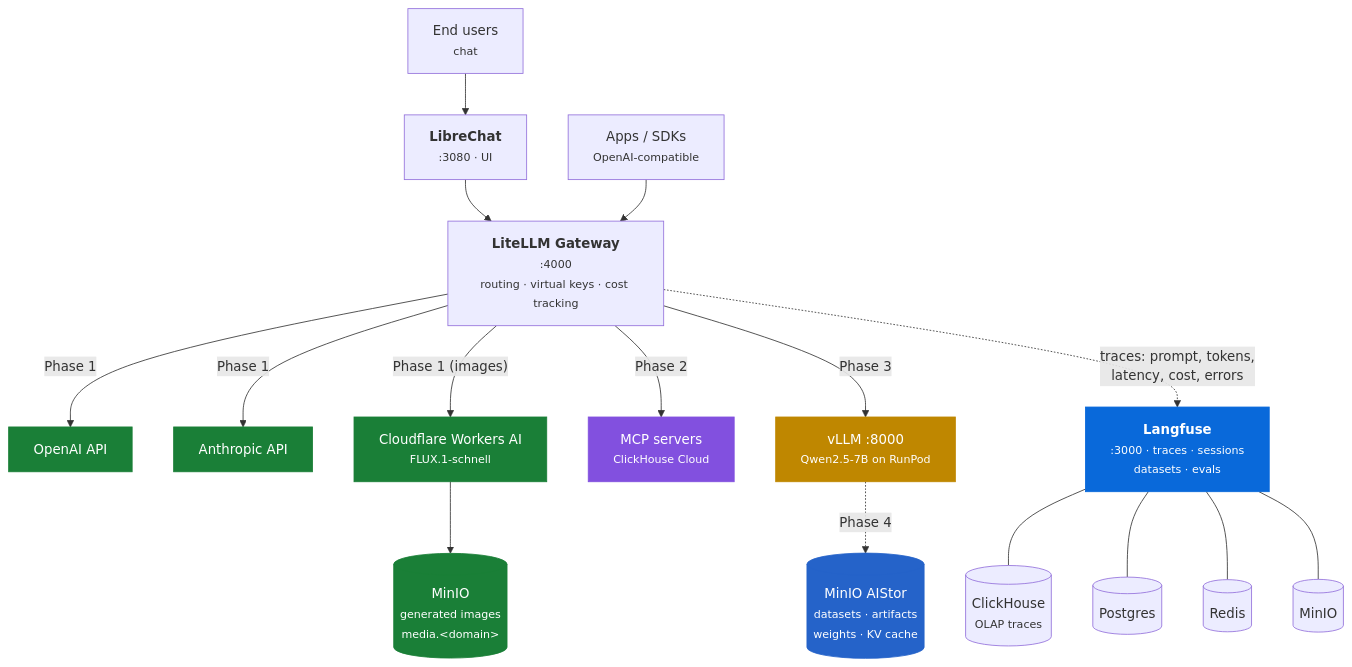
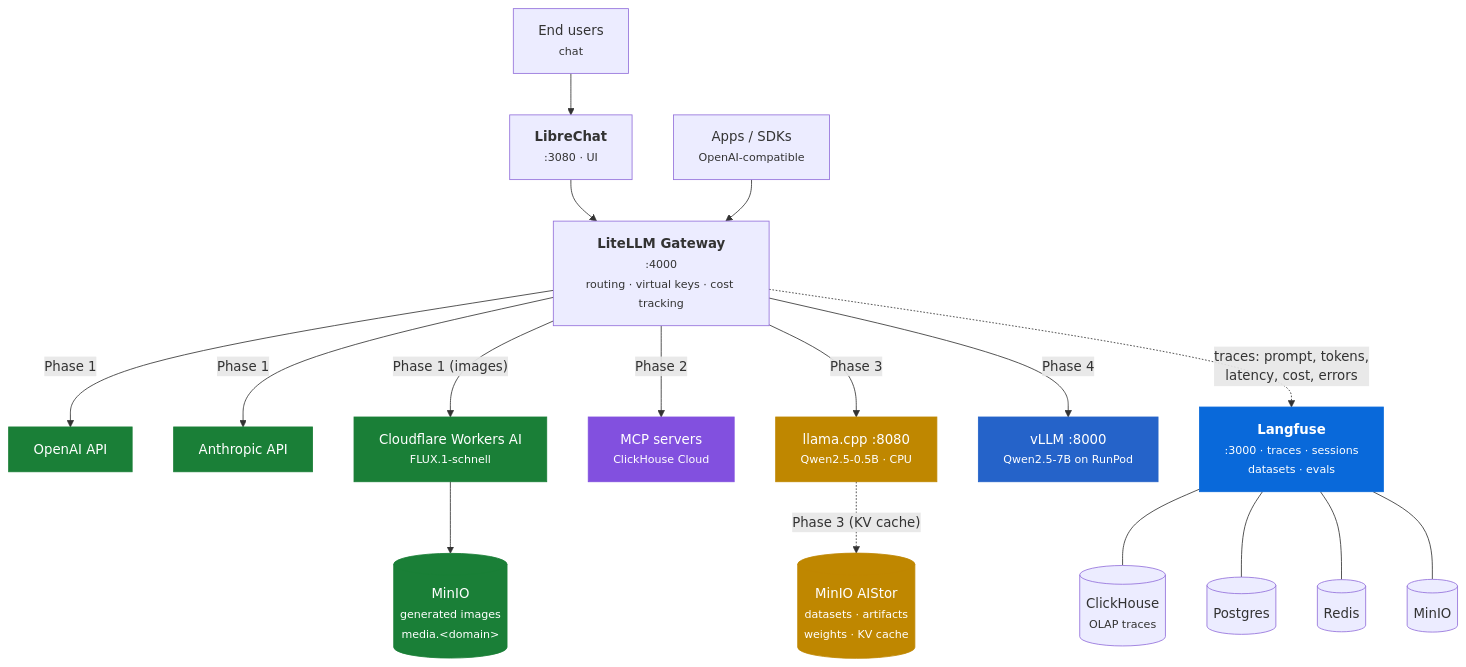
One commit to litkhai/llmops-in-a-box changed the first of 2 diagrams in docs/index.md. Above: the diagram before and after it, drawn with Mermaid. The commit also changed other lines of this file and 4 other files, not shown here.

````diff
--- a/docs/index.md
+++ b/docs/index.md
@@ -120,50 +120,52 @@
 ```mermaid
 flowchart TB
     U1["End users<br/><small>chat</small>"]
     U2["Apps / SDKs<br/><small>OpenAI-compatible</small>"]
 
     LC["<b>LibreChat</b><br/><small>:3080 · UI</small>"]
     GW["<b>LiteLLM Gateway</b><br/><small>:4000</small><br/><small>routing · virtual keys · cost tracking</small>"]
 
     OA["OpenAI API"]
     AN["Anthropic API"]
     CF["Cloudflare Workers AI<br/><small>FLUX.1-schnell</small>"]
     IMGMI[("MinIO<br/><small>generated images<br/>media.&lt;domain&gt;</small>")]
     MCP["MCP servers<br/><small>ClickHouse Cloud</small>"]
+    CPU["llama.cpp :8080<br/><small>Qwen2.5-0.5B · CPU</small>"]
     VL["vLLM :8000<br/><small>Qwen2.5-7B on RunPod</small>"]
 
     LF["<b>Langfuse</b><br/><small>:3000 · traces · sessions<br/>datasets · evals</small>"]
     CH[("ClickHouse<br/><small>OLAP traces</small>")]
     PG[("Postgres")]
     RD[("Redis")]
     MI[("MinIO")]
     ST[("MinIO AIStor<br/><small>datasets · artifacts<br/>weights · KV cache</small>")]
 
     U1 --> LC --> GW
     U2 --> GW
 
     GW -->|Phase 1| OA
     GW -->|Phase 1| AN
     GW -->|"Phase 1 (images)"| CF
     CF --> IMGMI
     GW -->|Phase 2| MCP
-    GW -->|Phase 3| VL
-    VL -.->|Phase 4| ST
+    GW -->|Phase 3| CPU
+    CPU -.->|"Phase 3 (KV cache)"| ST
+    GW -->|Phase 4| VL
 
     GW -.->|"traces: prompt, tokens,<br/>latency, cost, errors"| LF
     LF --- CH
     LF --- PG
     LF --- RD
     LF --- MI
 
     classDef p1 fill:#1a7f37,stroke:#1a7f37,color:#fff
     classDef p2 fill:#8250df,stroke:#8250df,color:#fff
     classDef p3 fill:#bf8700,stroke:#bf8700,color:#fff
     classDef p4 fill:#2563c9,stroke:#2563c9,color:#fff
     classDef obs fill:#0969da,stroke:#0969da,color:#fff
     class OA,AN,CF,IMGMI p1
     class MCP p2
-    class VL p3
-    class ST p4
+    class CPU,ST p3
+    class VL p4
     class LF obs
 ```
````
